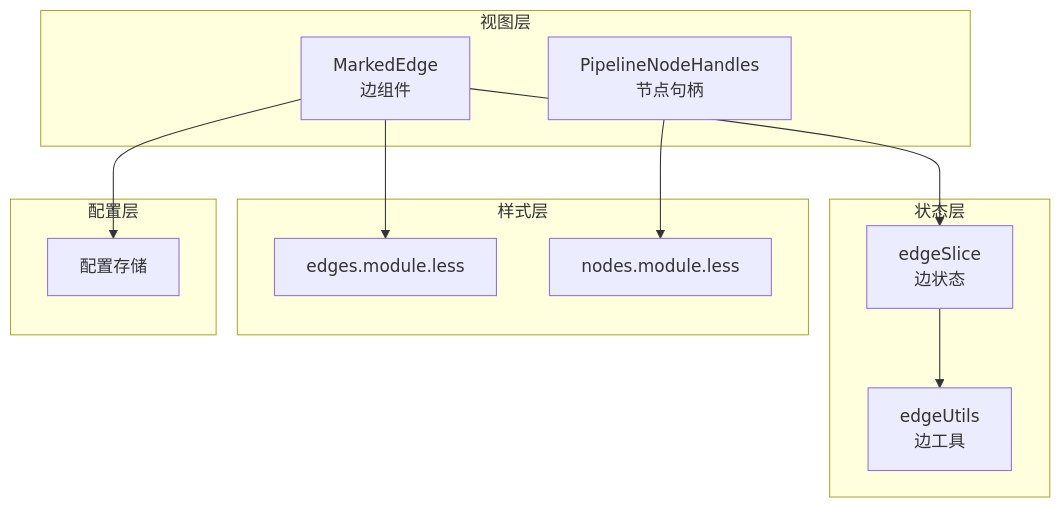
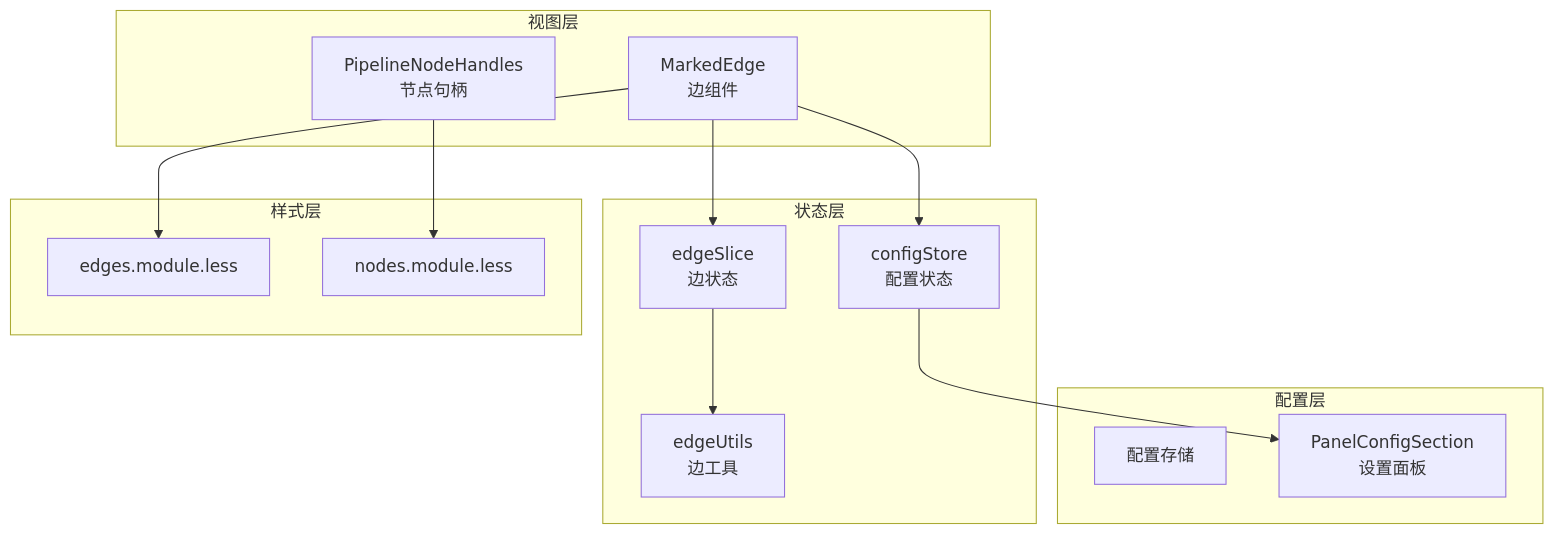
Before and after one commit to kqcoxn/MaaPipelineEditor: the first of 6 diagrams in .qoder/repowiki/zh/content/工作流编辑器/连接系统.md, drawn with Mermaid. The commit also changed other lines of this file and 3 other files, not shown here.

````diff
--- a/.qoder/repowiki/zh/content/工作流编辑器/连接系统.md
+++ b/.qoder/repowiki/zh/content/工作流编辑器/连接系统.md
@@ -48,23 +59,26 @@
 ```mermaid
 graph TB
 subgraph "视图层"
 E["MarkedEdge<br/>边组件"]
 H["PipelineNodeHandles<br/>节点句柄"]
 end
 subgraph "状态层"
 ES["edgeSlice<br/>边状态"]
 EU["edgeUtils<br/>边工具"]
+CS["configStore<br/>配置状态"]
 end
 subgraph "样式层"
 EM["edges.module.less"]
 NM["nodes.module.less"]
 end
 subgraph "配置层"
 CFG["配置存储"]
+PC["PanelConfigSection<br/>设置面板"]
 end
 E --> ES
 E --> EM
-E --> CFG
+E --> CS
 H --> NM
 ES --> EU
+CS --> PC
 ```
````
